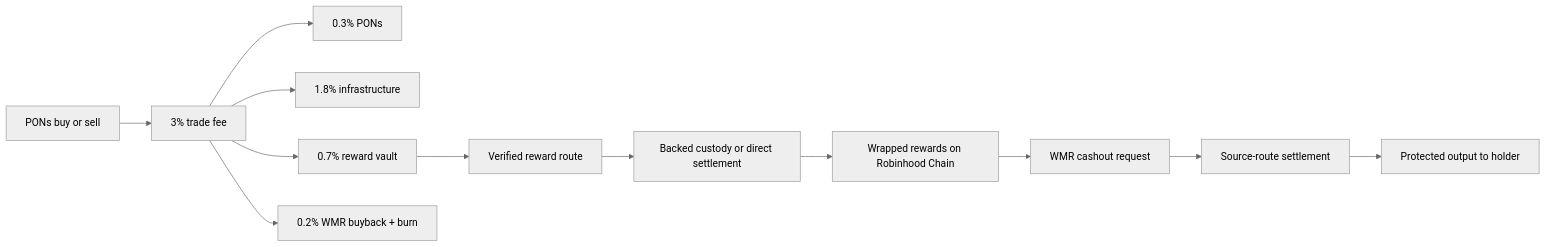
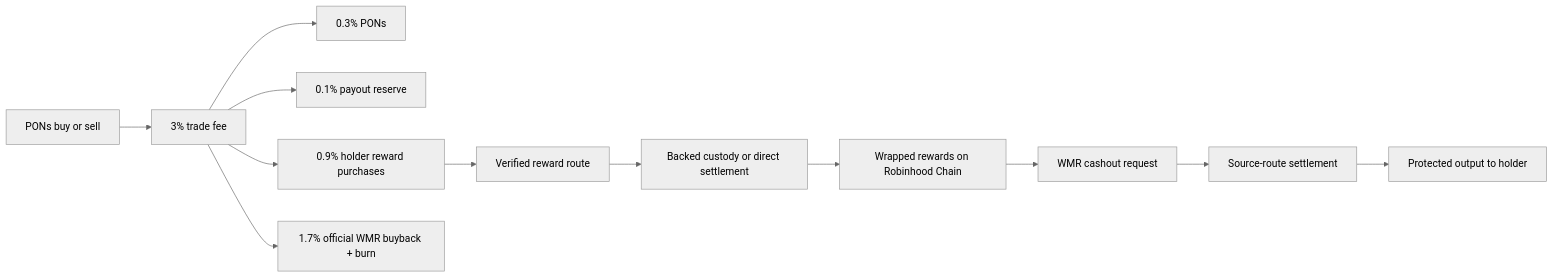
The diagram in README.md (wmrdesks/wmr-desks), drawn with Mermaid (neutral theme) before and after one commit. The commit also changed other lines of this file and 8 other files, not shown here.

````diff
--- a/README.md
+++ b/README.md
@@ -29,14 +29,14 @@
 ```mermaid
 flowchart LR
     T[PONs buy or sell] --> F[3% trade fee]
     F --> P[0.3% PONs]
-    F --> I[1.8% infrastructure]
-    F --> R[0.7% reward vault]
-    F --> B[0.2% WMR buyback + burn]
+    F --> I[0.1% payout reserve]
+    F --> R[0.9% holder reward purchases]
+    F --> B[1.7% official WMR buyback + burn]
     R --> Q[Verified reward route]
     Q --> C[Backed custody or direct settlement]
     C --> W[Wrapped rewards on Robinhood Chain]
     W --> X[WMR cashout request]
     X --> S[Source-route settlement]
     S --> U[Protected output to holder]
 ```
````
